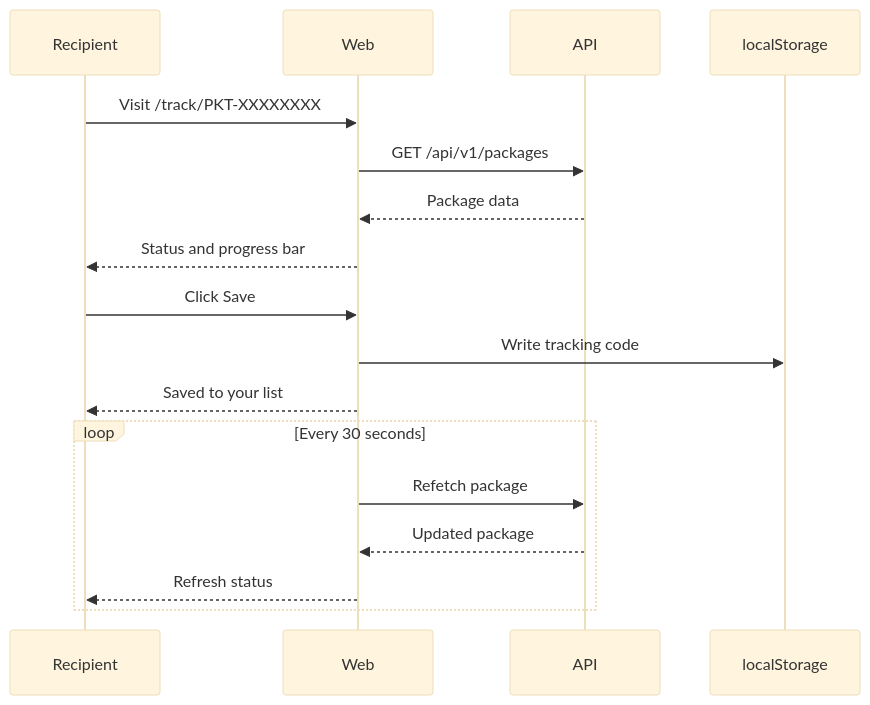
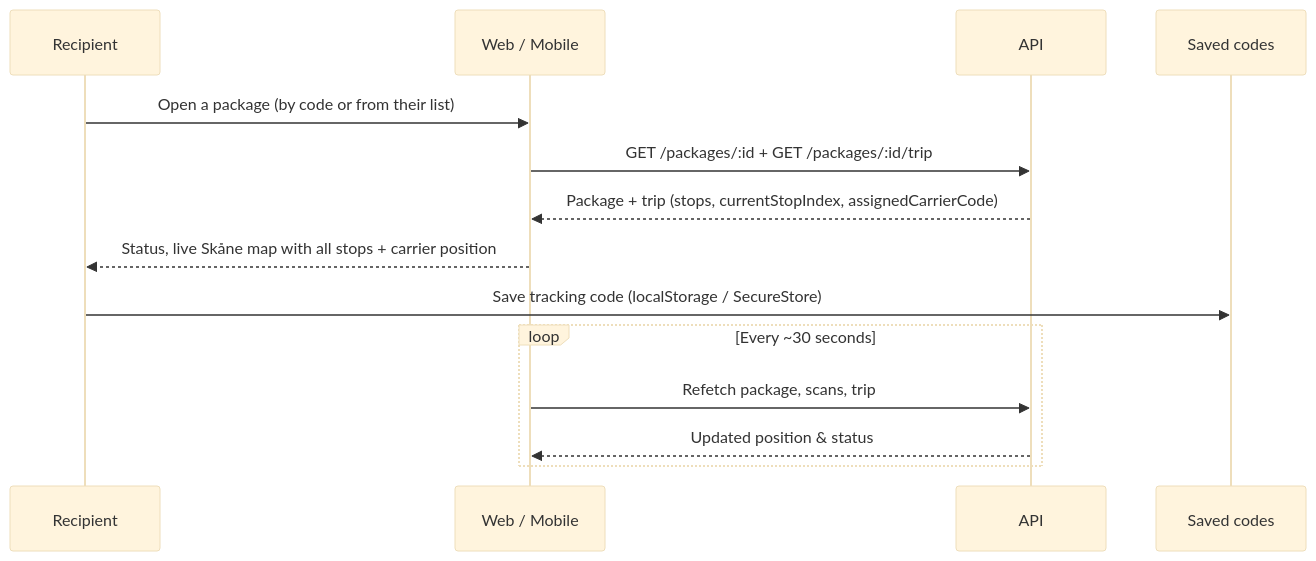
Before and after one commit to Malmo-3/packetFlow: the fourth of 5 diagrams in README.md, drawn with Mermaid (base theme). The commit also changed other lines of this file and 47 other files, not shown here.

````diff
--- a/README.md
+++ b/README.md
@@ -186,22 +118,19 @@
 ```mermaid
 sequenceDiagram
   participant Recipient
-  participant Web
+  participant App as Web / Mobile
   participant API
-  participant localStorage
+  participant Storage as Saved codes
 
-  Recipient ->> Web: Visit /track/PKT-XXXXXXXX
-  Web ->> API: GET /api/v1/packages
-  API -->> Web: Package data
-  Web -->> Recipient: Status and progress bar
+  Recipient ->> App: Open a package (by code or from their list)
+  App ->> API: GET /packages/:id  +  GET /packages/:id/trip
+  API -->> App: Package + trip (stops, currentStopIndex, assignedCarrierCode)
+  App -->> Recipient: Status, live Skåne map with all stops + carrier position
 
-  Recipient ->> Web: Click Save
-  Web ->> localStorage: Write tracking code
-  Web -->> Recipient: Saved to your list
+  Recipient ->> Storage: Save tracking code (localStorage / SecureStore)
 
-  loop Every 30 seconds
-    Web ->> API: Refetch package
-    API -->> Web: Updated package
-    Web -->> Recipient: Refresh status
+  loop Every ~30 seconds
+    App ->> API: Refetch package, scans, trip
+    API -->> App: Updated position & status
   end
 ```
````
